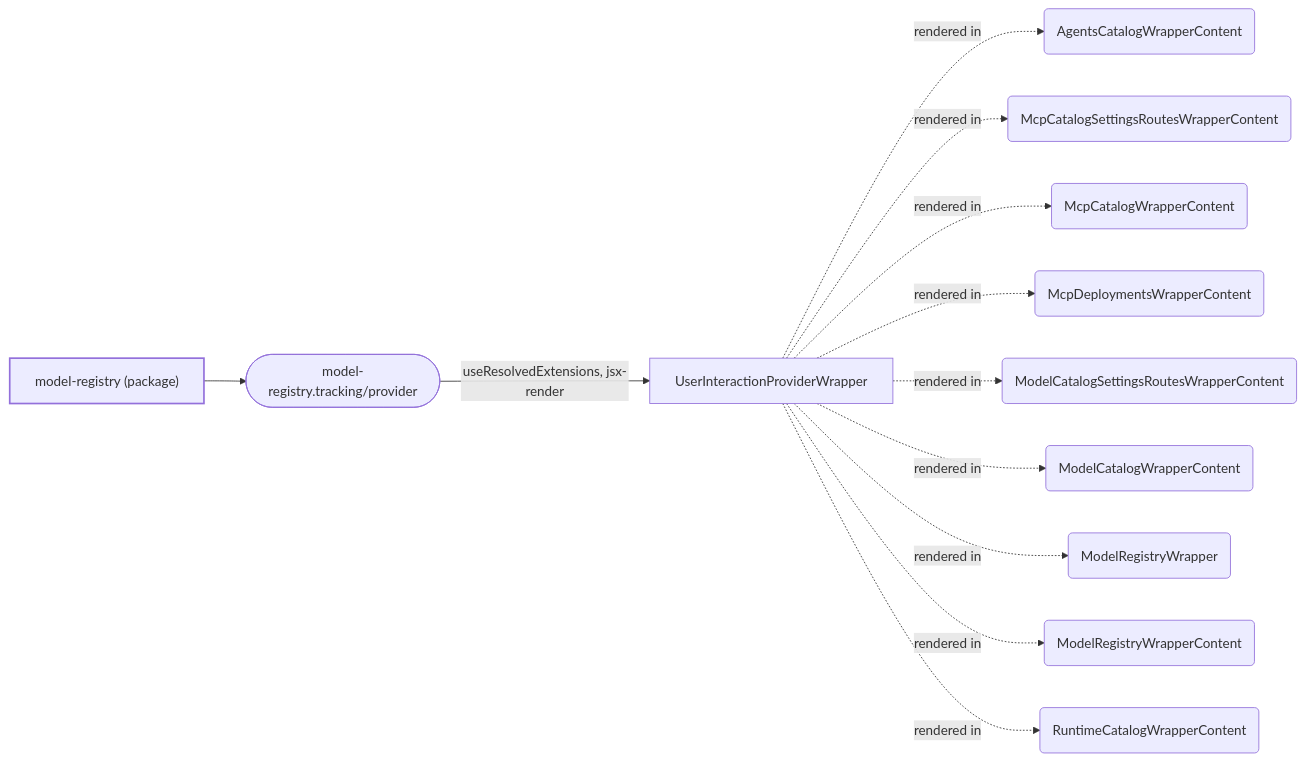
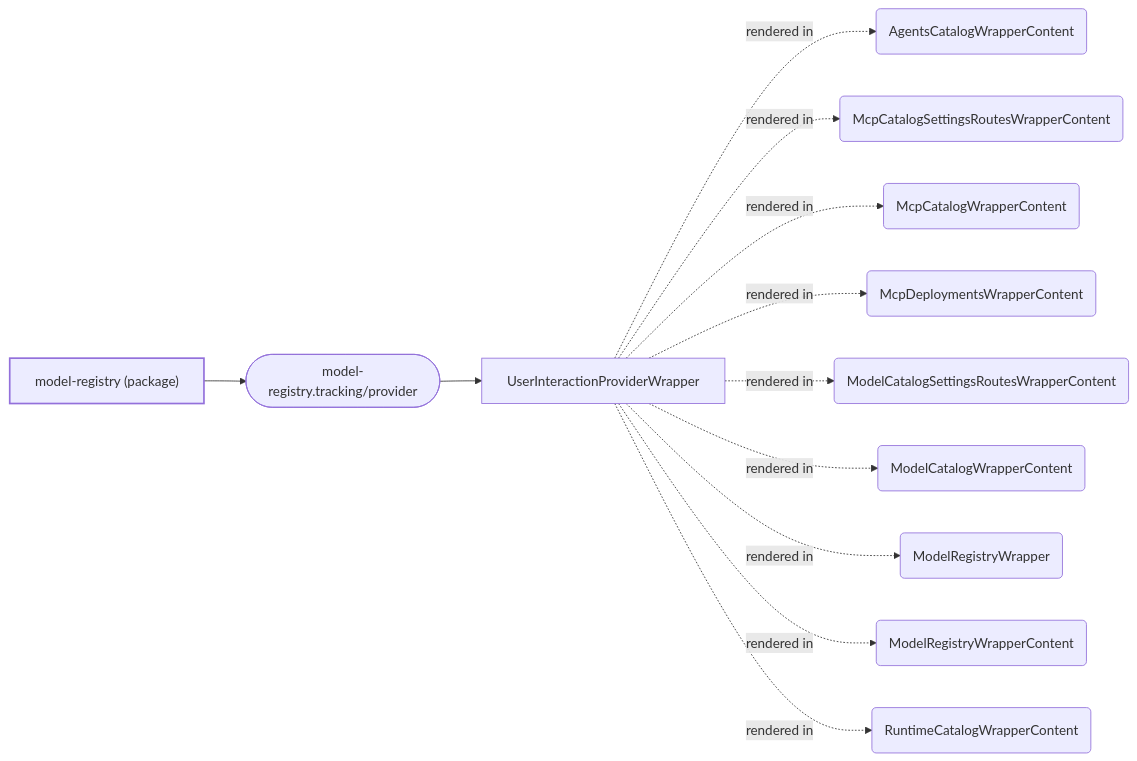
One commit to mturley/odh-dashboard changed the tenth of 10 diagrams in packages/model-registry/docs/extensions.md. Above: the diagram before and after it, drawn with Mermaid. The commit also changed other lines of this file and 28 other files, not shown here.

````diff
--- a/packages/model-registry/docs/extensions.md
+++ b/packages/model-registry/docs/extensions.md
@@ -509,28 +578,28 @@
 ```mermaid
 flowchart LR
   classDef pkg stroke-width:2px
   classDef point stroke-width:1px
   n_pkg__odh_dashboard_model_registry_1fc815["model-registry (package)"]:::pkg
   n_model_registry_tracking_provider_6dfde7(["model-registry.tracking/provider"]):::point
   n_pkg__odh_dashboard_model_registry_1fc815 --> n_model_registry_tracking_provider_6dfde7
   n_symbol_packages_model_registry_upstream_frontend_src_odh_components_UserInteractionProviderWrapper_tsx_UserInteractionProviderWrapper_4fdd6a["UserInteractionProviderWrapper"]
-  n_model_registry_tracking_provider_6dfde7 -- "useResolvedExtensions, jsx-render" --> n_symbol_packages_model_registry_upstream_frontend_src_odh_components_UserInteractionProviderWrapper_tsx_UserInteractionProviderWrapper_4fdd6a
+  n_model_registry_tracking_provider_6dfde7 --> n_symbol_packages_model_registry_upstream_frontend_src_odh_components_UserInteractionProviderWrapper_tsx_UserInteractionProviderWrapper_4fdd6a
   n_symbol_packages_model_registry_upstream_frontend_src_odh_AgentsCatalogWrapper_tsx_AgentsCatalogWrapperContent_ca266e("AgentsCatalogWrapperContent")
   n_symbol_packages_model_registry_upstream_frontend_src_odh_McpCatalogSettingsRoutesWrapper_tsx_McpCatalogSettingsRoutesWrapperContent_7b5032("McpCatalogSettingsRoutesWrapperContent")
   n_symbol_packages_model_registry_upstream_frontend_src_odh_McpCatalogWrapper_tsx_McpCatalogWrapperContent_7f647e("McpCatalogWrapperContent")
   n_symbol_packages_model_registry_upstream_frontend_src_odh_McpDeploymentsWrapper_tsx_McpDeploymentsWrapperContent_c8ba0e("McpDeploymentsWrapperContent")
   n_symbol_packages_model_registry_upstream_frontend_src_odh_ModelCatalogSettingsRoutesWrapper_tsx_ModelCatalogSettingsRoutesWrapperContent_a04536("ModelCatalogSettingsRoutesWrapperContent")
   n_symbol_packages_model_registry_upstream_frontend_src_odh_ModelCatalogWrapper_tsx_ModelCatalogWrapperContent_6bef92("ModelCatalogWrapperContent")
   n_symbol_packages_model_registry_upstream_frontend_src_odh_ModelRegistrySettingsRoutesWrapper_tsx_ModelRegistryWrapper_199478("ModelRegistryWrapper")
   n_symbol_packages_model_registry_upstream_frontend_src_odh_ModelRegistryWrapper_tsx_ModelRegistryWrapperContent_28f7ec("ModelRegistryWrapperContent")
   n_symbol_packages_model_registry_upstream_frontend_src_odh_RuntimeCatalogWrapper_tsx_RuntimeCatalogWrapperContent_a9894e("RuntimeCatalogWrapperContent")
   n_symbol_packages_model_registry_upstream_frontend_src_odh_components_UserInteractionProviderWrapper_tsx_UserInteractionProviderWrapper_4fdd6a -. "rendered in" .-> n_symbol_packages_model_registry_upstream_frontend_src_odh_AgentsCatalogWrapper_tsx_AgentsCatalogWrapperContent_ca266e
   n_symbol_packages_model_registry_upstream_frontend_src_odh_components_UserInteractionProviderWrapper_tsx_UserInteractionProviderWrapper_4fdd6a -. "rendered in" .-> n_symbol_packages_model_registry_upstream_frontend_src_odh_McpCatalogSettingsRoutesWrapper_tsx_McpCatalogSettingsRoutesWrapperContent_7b5032
   n_symbol_packages_model_registry_upstream_frontend_src_odh_components_UserInteractionProviderWrapper_tsx_UserInteractionProviderWrapper_4fdd6a -. "rendered in" .-> n_symbol_packages_model_registry_upstream_frontend_src_odh_McpCatalogWrapper_tsx_McpCatalogWrapperContent_7f647e
   n_symbol_packages_model_registry_upstream_frontend_src_odh_components_UserInteractionProviderWrapper_tsx_UserInteractionProviderWrapper_4fdd6a -. "rendered in" .-> n_symbol_packages_model_registry_upstream_frontend_src_odh_McpDeploymentsWrapper_tsx_McpDeploymentsWrapperContent_c8ba0e
   n_symbol_packages_model_registry_upstream_frontend_src_odh_components_UserInteractionProviderWrapper_tsx_UserInteractionProviderWrapper_4fdd6a -. "rendered in" .-> n_symbol_packages_model_registry_upstream_frontend_src_odh_ModelCatalogSettingsRoutesWrapper_tsx_ModelCatalogSettingsRoutesWrapperContent_a04536
   n_symbol_packages_model_registry_upstream_frontend_src_odh_components_UserInteractionProviderWrapper_tsx_UserInteractionProviderWrapper_4fdd6a -. "rendered in" .-> n_symbol_packages_model_registry_upstream_frontend_src_odh_ModelCatalogWrapper_tsx_ModelCatalogWrapperContent_6bef92
   n_symbol_packages_model_registry_upstream_frontend_src_odh_components_UserInteractionProviderWrapper_tsx_UserInteractionProviderWrapper_4fdd6a -. "rendered in" .-> n_symbol_packages_model_registry_upstream_frontend_src_odh_ModelRegistrySettingsRoutesWrapper_tsx_ModelRegistryWrapper_199478
   n_symbol_packages_model_registry_upstream_frontend_src_odh_components_UserInteractionProviderWrapper_tsx_UserInteractionProviderWrapper_4fdd6a -. "rendered in" .-> n_symbol_packages_model_registry_upstream_frontend_src_odh_ModelRegistryWrapper_tsx_ModelRegistryWrapperContent_28f7ec
   n_symbol_packages_model_registry_upstream_frontend_src_odh_components_UserInteractionProviderWrapper_tsx_UserInteractionProviderWrapper_4fdd6a -. "rendered in" .-> n_symbol_packages_model_registry_upstream_frontend_src_odh_RuntimeCatalogWrapper_tsx_RuntimeCatalogWrapperContent_a9894e
 ```
````
